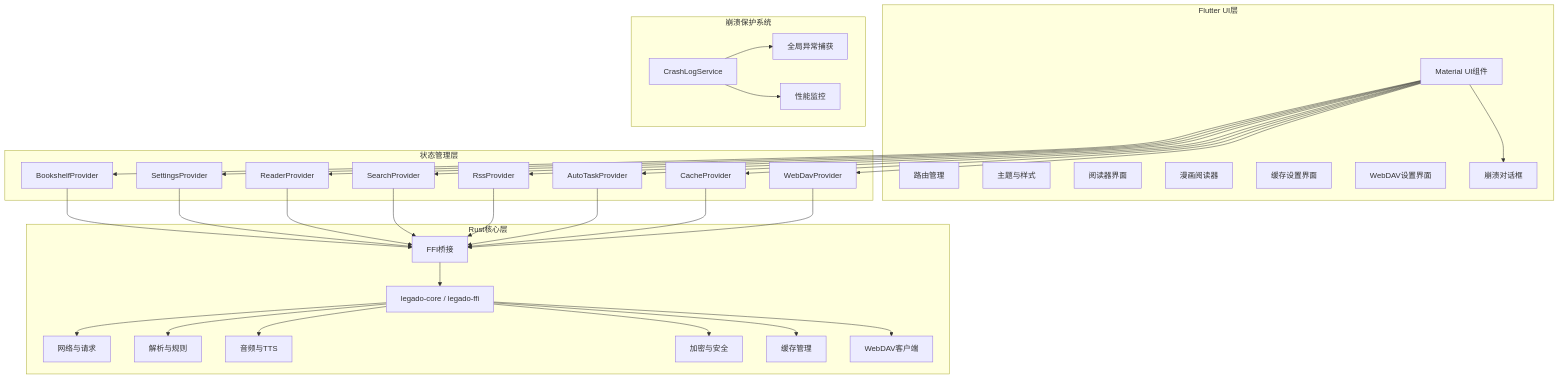
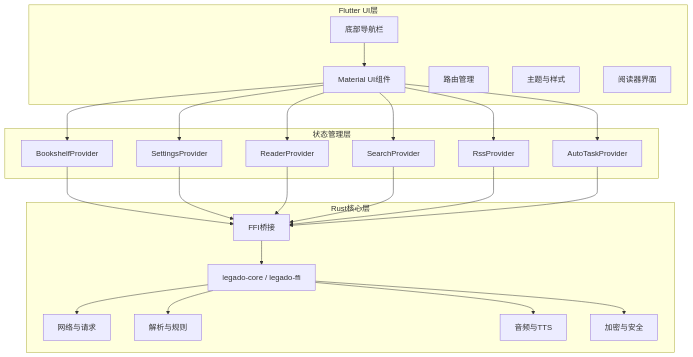
Before and after one commit to ZhangGHGitHub/LegadoTeamFlutter: the second of 8 diagrams in .qoder/repowiki/zh/content/Flutter跨平台应用/Flutter跨平台应用.md, drawn with Mermaid. The commit also changed other lines of this file and 60 other files, not shown here.

````diff
--- a/.qoder/repowiki/zh/content/Flutter跨平台应用/Flutter跨平台应用.md
+++ b/.qoder/repowiki/zh/content/Flutter跨平台应用/Flutter跨平台应用.md
@@ -122,64 +111,44 @@
 ```mermaid
 graph TB
 subgraph "Flutter UI层"
 UI["Material UI组件"]
 Router["路由管理"]
 Theme["主题与样式"]
 Reader["阅读器界面"]
-ComicReader["漫画阅读器"]
-CacheSettings["缓存设置界面"]
-WebDavSettings["WebDAV设置界面"]
-CrashDialog["崩溃对话框"]
+BottomNav["底部导航栏"]
 end
 subgraph "状态管理层"
 PBookshelf["BookshelfProvider"]
 PSettings["SettingsProvider"]
 PReader["ReaderProvider"]
 PSearch["SearchProvider"]
 PRss["RssProvider"]
 PAuto["AutoTaskProvider"]
-PCache["CacheProvider"]
-PWebDav["WebDavProvider"]
-end
-subgraph "崩溃保护系统"
-CrashService["CrashLogService"]
-ErrorCapture["全局异常捕获"]
-PerformanceMonitor["性能监控"]
 end
 subgraph "Rust核心层"
 FFI["FFI桥接"]
 Core["legado-core / legado-ffi"]
 Net["网络与请求"]
 Parse["解析与规则"]
 Audio["音频与TTS"]
 Crypto["加密与安全"]
-Cache["缓存管理"]
-WebDav["WebDAV客户端"]
 end
 UI --> PBookshelf
 UI --> PSettings
 UI --> PReader
 UI --> PSearch
 UI --> PRss
 UI --> PAuto
-UI --> PCache
-UI --> PWebDav
-UI --> CrashDialog
+BottomNav --> UI
 PBookshelf --> FFI
 PSettings --> FFI
 PReader --> FFI
 PSearch --> FFI
 PRss --> FFI
 PAuto --> FFI
-PCache --> FFI
-PWebDav --> FFI
-CrashService --> ErrorCapture
-CrashService --> PerformanceMonitor
 FFI --> Core
 Core --> Net
 Core --> Parse
 Core --> Audio
 Core --> Crypto
-Core --> Cache
-Core --> WebDav
 ```
````
